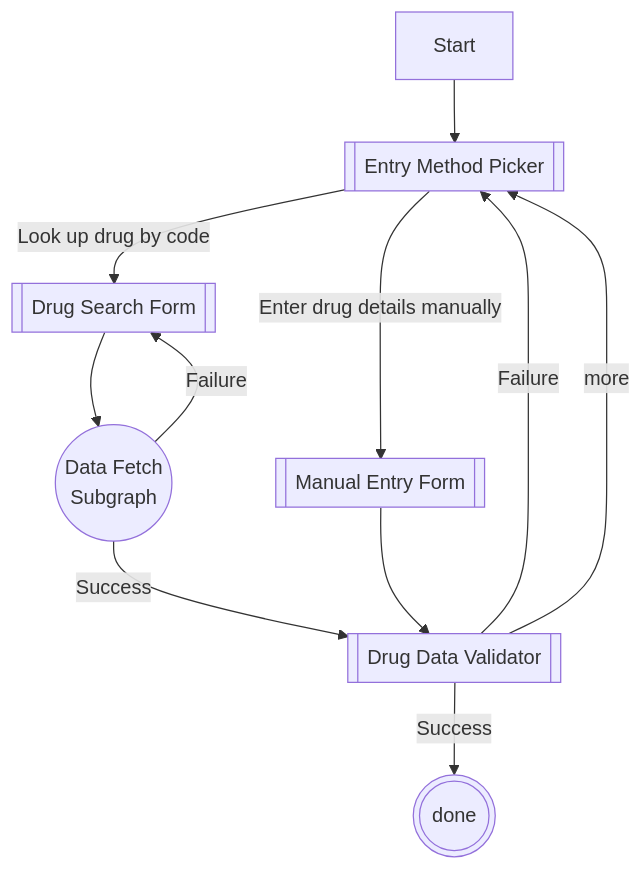
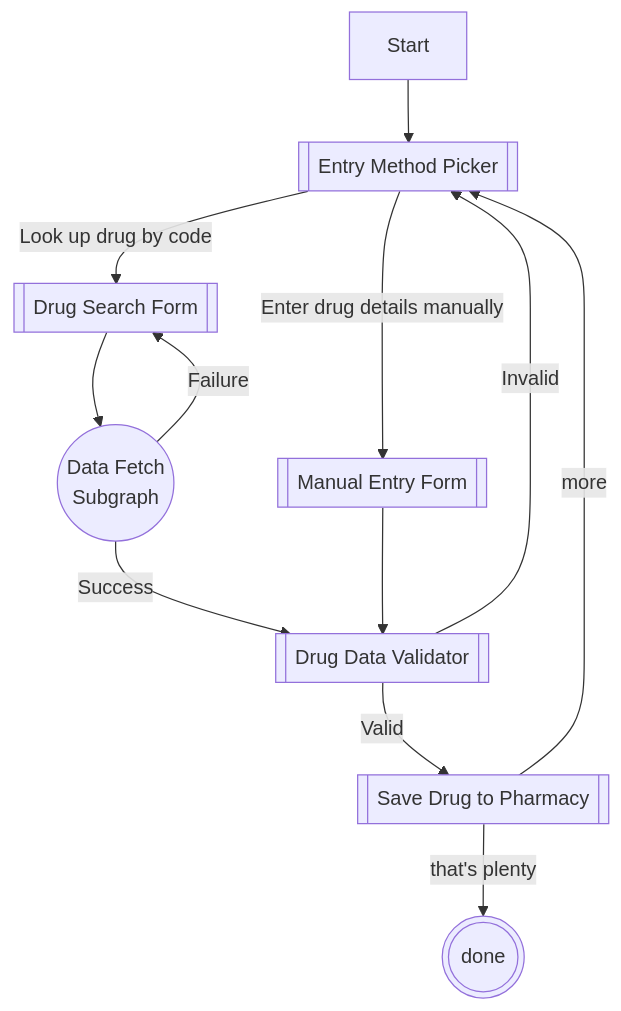
The diagram in content/blog/fda-api-project.md (hiimmrdave/hiimmrdavedotcom), drawn with Mermaid before and after one commit. The commit also changed other lines of this file, not shown here.

````diff
--- a/content/blog/fda-api-project.md
+++ b/content/blog/fda-api-project.md
@@ -22,19 +22,19 @@
 ```mermaid
 flowchart TB
   Start-->methodPick
   methodPick[[Entry Method Picker]]
   methodPick--Enter drug details manually-->manualEntry
   manualEntry[[Manual Entry Form]]
   methodPick--Look up drug by code-->APILookup
   APILookup[[Drug Search Form]]
   APILookup-->APIFetch
   APIFetch((Data Fetch\nSubgraph))
   APIFetch--Success-->drugValidate
   APIFetch--Failure-->APILookup
   manualEntry-->drugValidate
   drugValidate[[Drug Data Validator]]
-  drugValidate--Success-->done
-  drugValidate--Failure-->methodPick
-  drugValidate--more-->methodPick
-  done(((done)))
+  drugValidate--Valid-->saveData
+  drugValidate--Invalid-->methodPick
+  saveData[[Save Drug to Pharmacy]]--more-->methodPick
+  saveData--"that's plenty"-->done(((done)))
 ```
````
